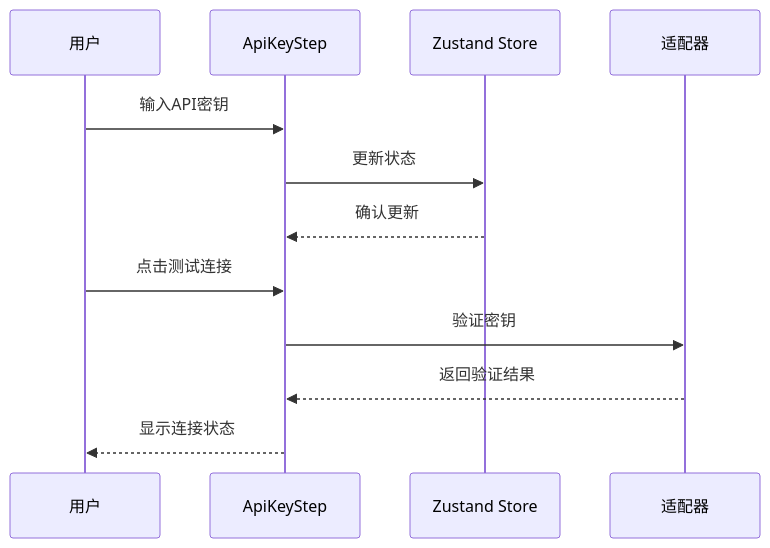
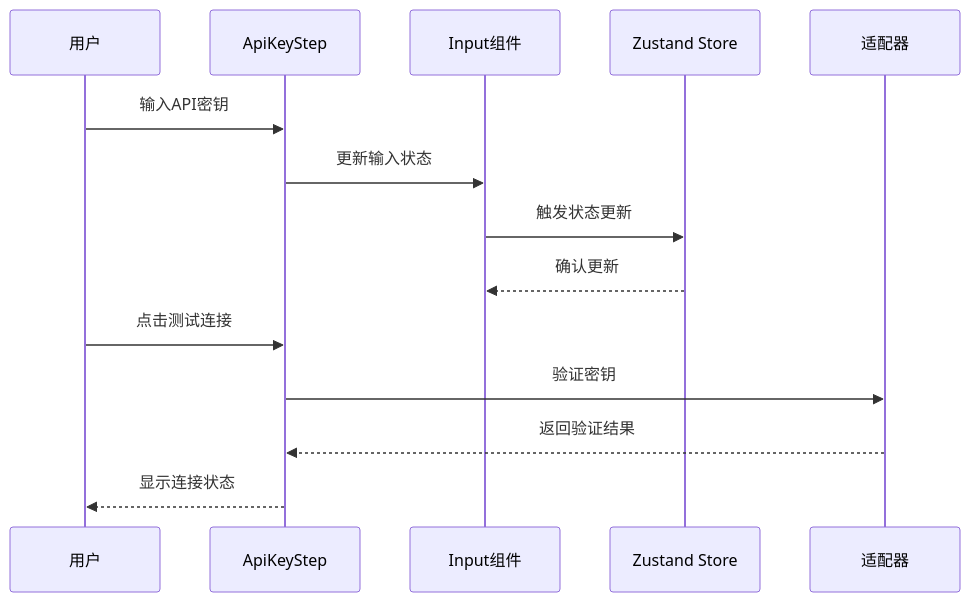
The eighth of 12 diagrams in .qoder/repowiki/zh/content/设置向导UI组件.md (verse-ai-org/openclaw), drawn with Mermaid before and after one commit. The commit also changed other lines of this file and 78 other files, not shown here.

````diff
--- a/.qoder/repowiki/zh/content/设置向导UI组件.md
+++ b/.qoder/repowiki/zh/content/设置向导UI组件.md
@@ -263,14 +396,16 @@
 ```mermaid
 sequenceDiagram
 participant User as 用户
 participant ApiKeyStep as ApiKeyStep
+participant Input as Input组件
 participant Store as Zustand Store
 participant Adapter as 适配器
 User->>ApiKeyStep : 输入API密钥
-ApiKeyStep->>Store : 更新状态
-Store-->>ApiKeyStep : 确认更新
+ApiKeyStep->>Input : 更新输入状态
+Input->>Store : 触发状态更新
+Store-->>Input : 确认更新
 User->>ApiKeyStep : 点击测试连接
 ApiKeyStep->>Adapter : 验证密钥
 Adapter-->>ApiKeyStep : 返回验证结果
 ApiKeyStep-->>User : 显示连接状态
 ```
````
